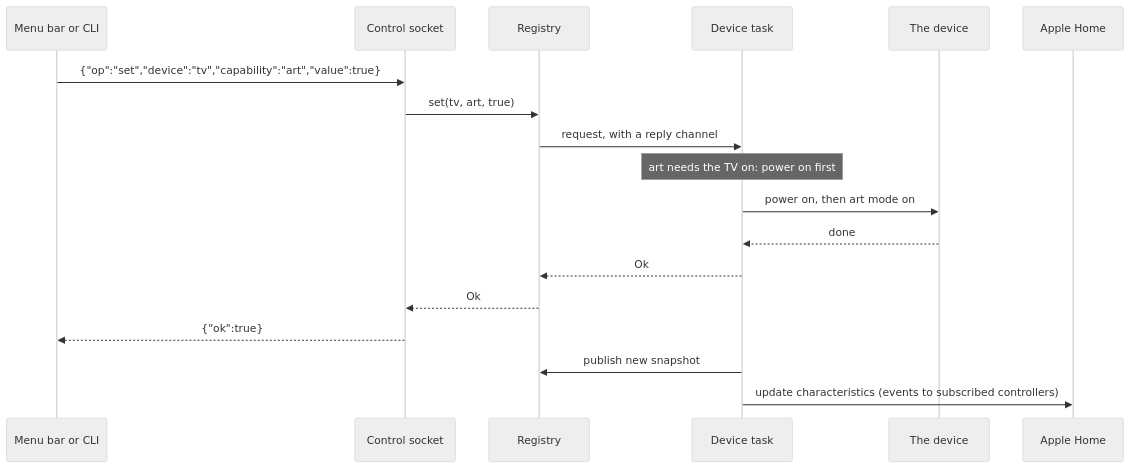
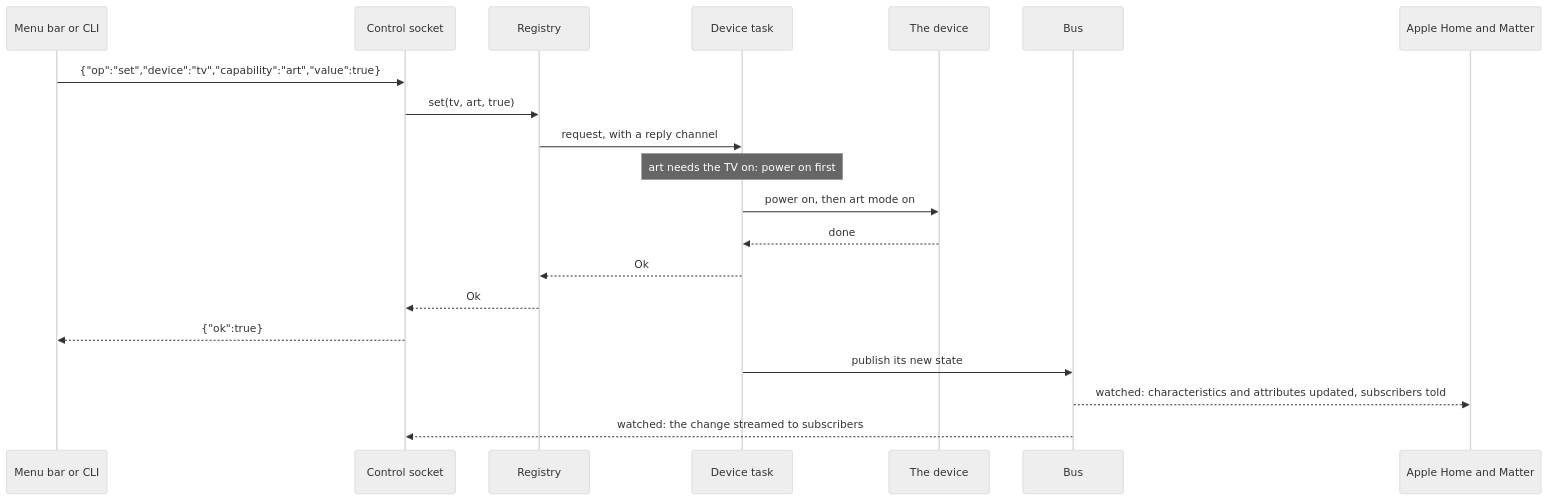
One commit to WeixuanZ/hearth changed the second of 5 diagrams in README.md. Above: the diagram before and after it, drawn with Mermaid (neutral theme). The commit also changed other lines of this file and 31 other files, not shown here.

````diff
--- a/README.md
+++ b/README.md
@@ -263,20 +279,22 @@
 ```mermaid
 sequenceDiagram
   participant B as Menu bar or CLI
   participant S as Control socket
   participant R as Registry
   participant T as Device task
   participant D as The device
-  participant H as Apple Home
+  participant U as Bus
+  participant H as Apple Home and Matter
   B->>S: {"op":"set","device":"tv","capability":"art","value":true}
   S->>R: set(tv, art, true)
   R->>T: request, with a reply channel
   Note over T: art needs the TV on: power on first
   T->>D: power on, then art mode on
   D-->>T: done
   T-->>R: Ok
   R-->>S: Ok
   S-->>B: {"ok":true}
-  T->>R: publish new snapshot
-  T->>H: update characteristics (events to subscribed controllers)
+  T->>U: publish its new state
+  U-->>H: watched: characteristics and attributes updated, subscribers told
+  U-->>S: watched: the change streamed to subscribers
 ```
````
